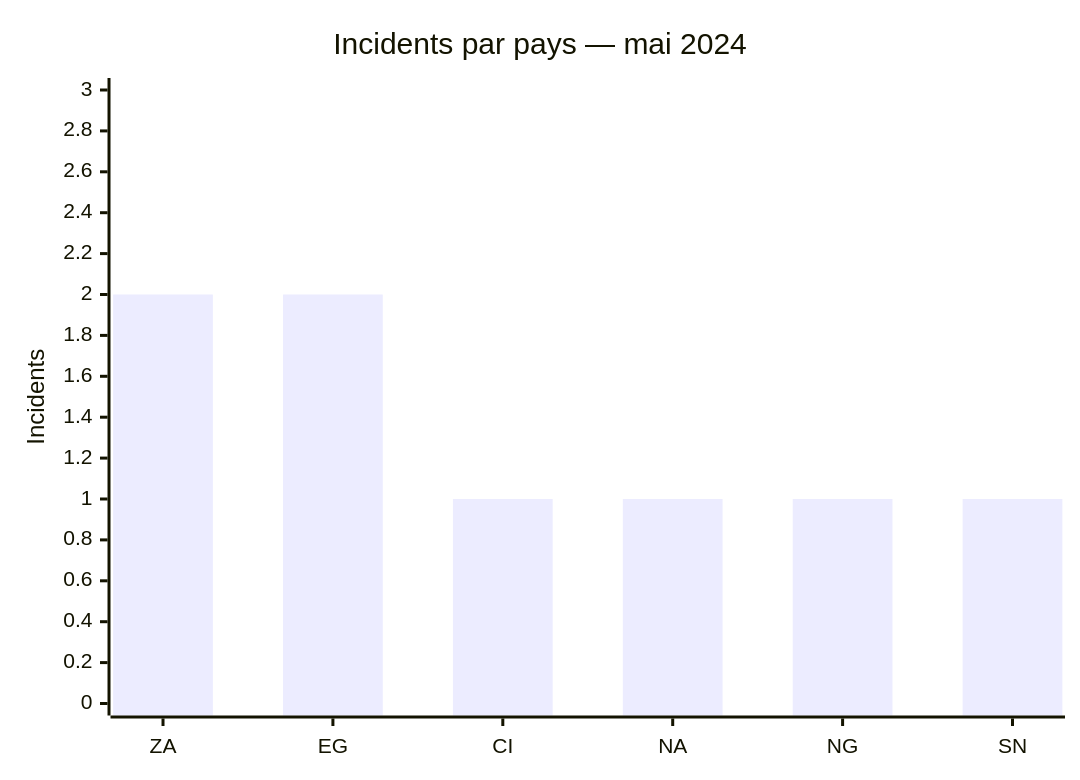
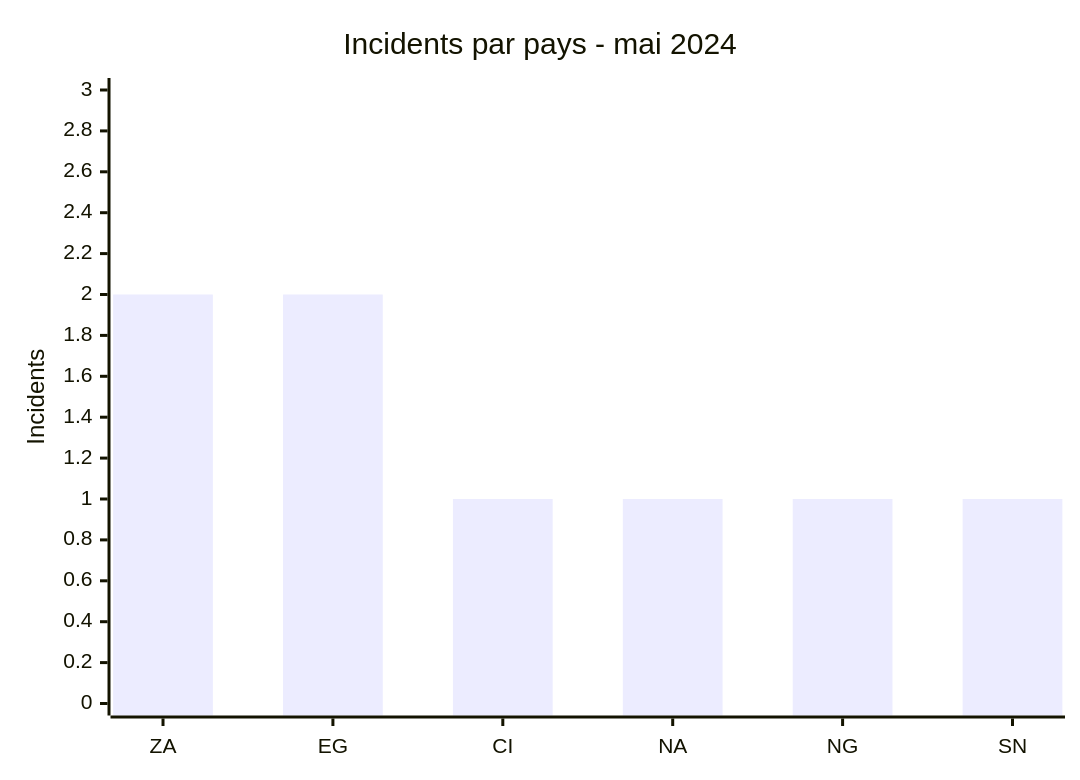
The first of 2 diagrams in CyberAttackAfrica/2024/05-may/README_FR.md (Hatchepsoute/AFRINTEL), drawn with Mermaid before and after one commit. The commit also changed other lines of this file and 182 other files, not shown here.

````diff
--- a/CyberAttackAfrica/2024/05-may/README_FR.md
+++ b/CyberAttackAfrica/2024/05-may/README_FR.md
@@ -44,7 +44,7 @@
 ```mermaid
 xychart
-    title "Incidents par pays — mai 2024"
+    title "Incidents par pays - mai 2024"
     x-axis ["ZA","EG","CI","NA","NG","SN"]
     y-axis "Incidents" 0 --> 3
     bar [2,2,1,1,1,1]
 ```
````
